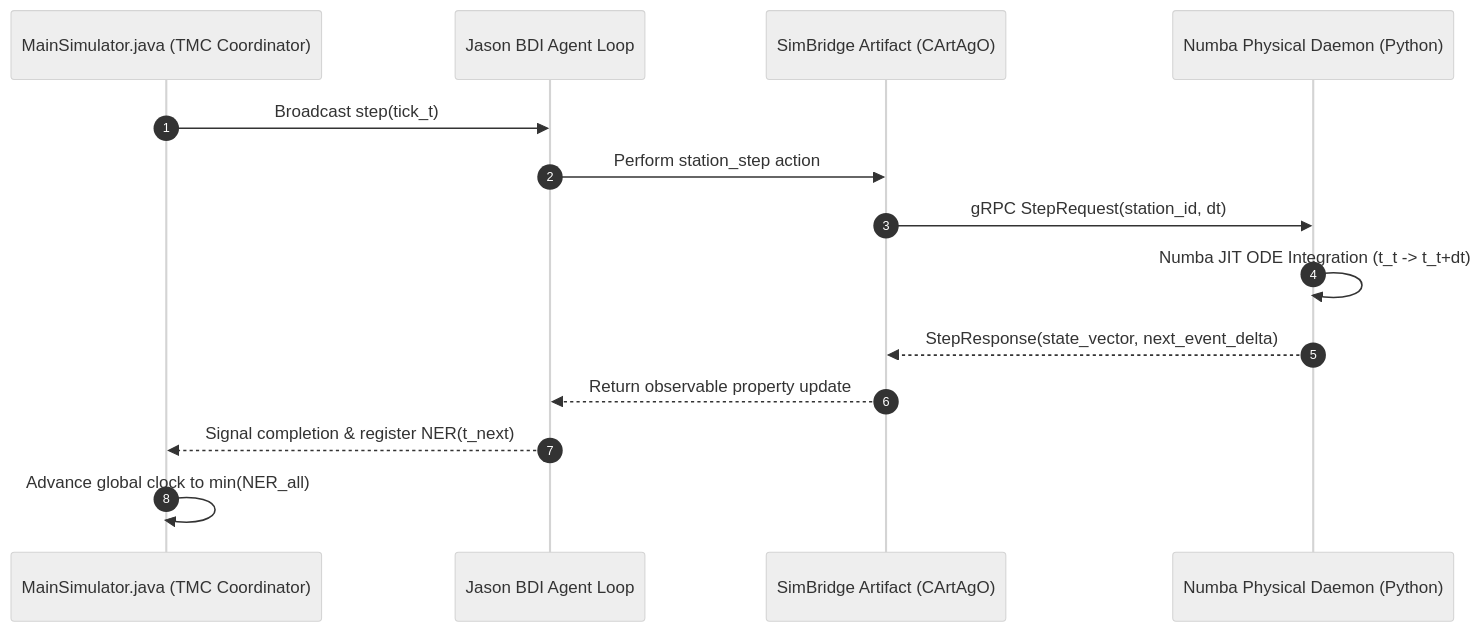
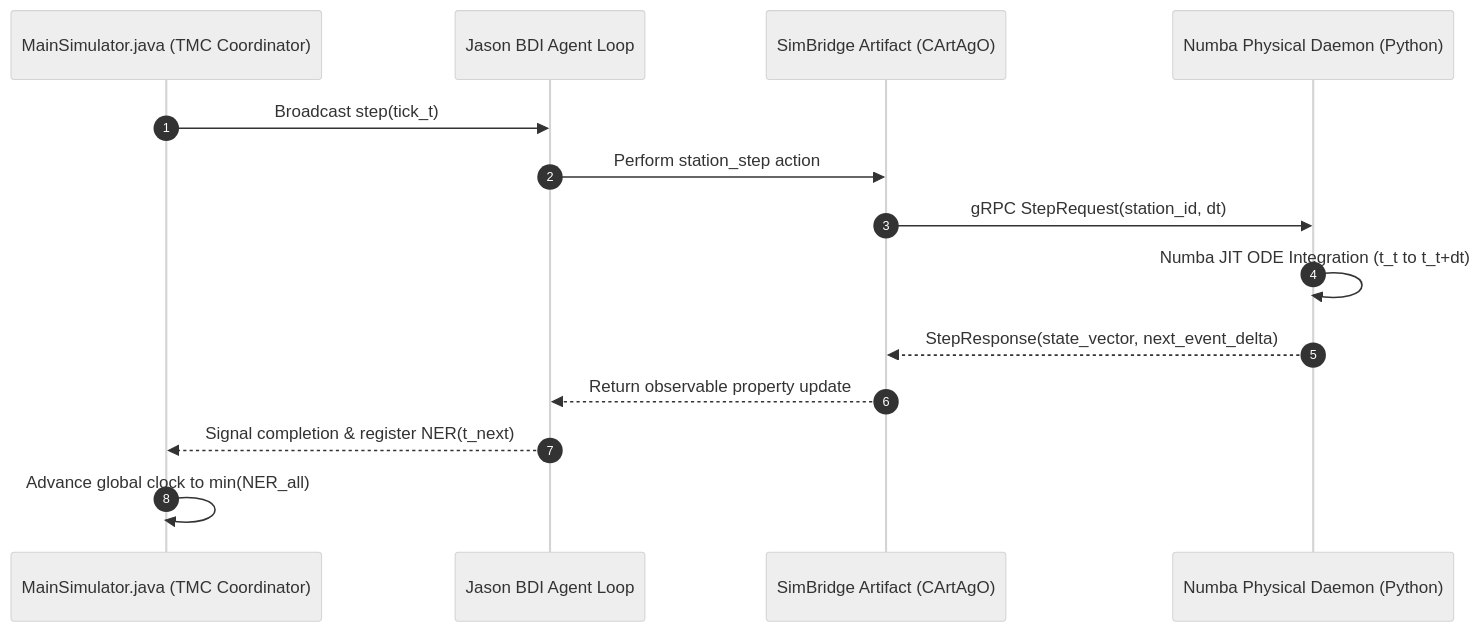
One commit to utczbr/Matrix_Factory changed the diagram in docs/architecture/time-sync-engine.md. Above: the diagram before and after it, drawn with Mermaid (neutral theme). The commit also changed 14 other files, not shown here.

````diff
--- a/docs/architecture/time-sync-engine.md
+++ b/docs/architecture/time-sync-engine.md
@@ -21,17 +21,17 @@
 ```mermaid
 sequenceDiagram
     autonumber
     participant Main as MainSimulator.java (TMC Coordinator)
     participant MAS as Jason BDI Agent Loop
     participant Artifact as SimBridge Artifact (CArtAgO)
     participant Physics as Numba Physical Daemon (Python)
 
     Main->>MAS: Broadcast step(tick_t)
     MAS->>Artifact: Perform station_step action
     Artifact->>Physics: gRPC StepRequest(station_id, dt)
-    Physics->>Physics: Numba JIT ODE Integration (t_t -> t_t+dt)
+    Physics->>Physics: Numba JIT ODE Integration (t_t to t_t+dt)
     Physics-->>Artifact: StepResponse(state_vector, next_event_delta)
     Artifact-->>MAS: Return observable property update
     MAS-->>Main: Signal completion & register NER(t_next)
     Main->>Main: Advance global clock to min(NER_all)
 ```
````
